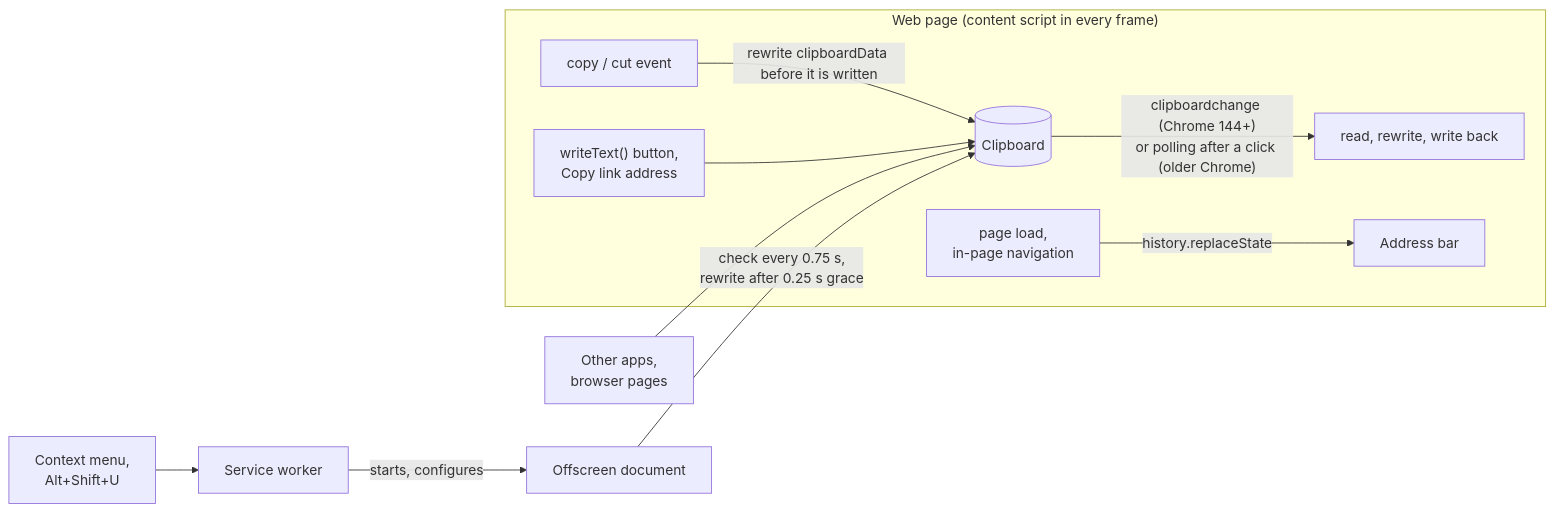
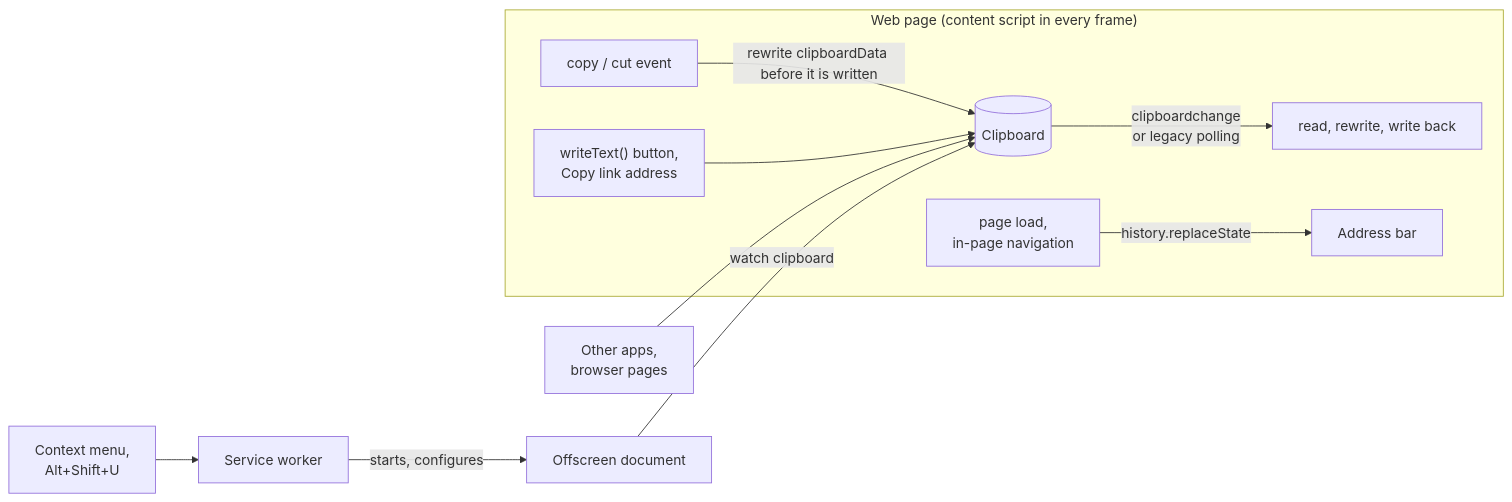
One commit to pszemraj/utm-randomizer changed the diagram in README.md. Above: the diagram before and after it, drawn with Mermaid. The commit also changed other lines of this file and 3 other files, not shown here.

````diff
--- a/README.md
+++ b/README.md
@@ -65,13 +65,13 @@
 ```mermaid
 flowchart LR
   subgraph page["Web page (content script in every frame)"]
     copy["copy / cut event"] -->|"rewrite clipboardData before it is written"| clip[("Clipboard")]
     other["writeText() button,<br/>Copy link address"] --> clip
-    clip -->|"clipboardchange (Chrome 144+)<br/>or polling after a click (older Chrome)"| fix["read, rewrite, write back"]
+    clip -->|"clipboardchange<br/>or legacy polling"| fix["read, rewrite, write back"]
     load["page load,<br/>in-page navigation"] -->|"history.replaceState"| bar["Address bar"]
   end
   apps["Other apps,<br/>browser pages"] --> clip
   worker["Service worker"] -->|"starts, configures"| offscreen["Offscreen document"]
-  offscreen -->|"check every 0.75 s,<br/>rewrite after 0.25 s grace"| clip
+  offscreen -->|"watch clipboard"| clip
   menu["Context menu,<br/>Alt+Shift+U"] --> worker
 ```
````
